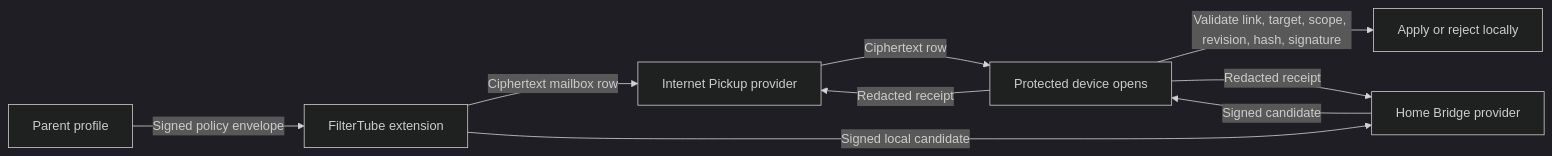
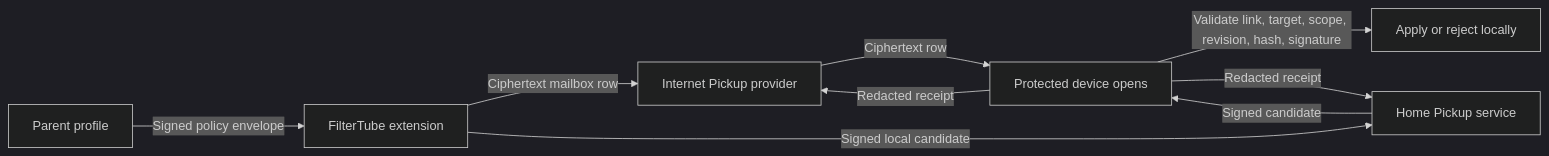
Before and after one commit to varshneydevansh/FilterTube: the diagram in docs/audit/FILTERTUBE_MANAGED_DELIVERY_REFERENCE_PROVIDER_2026-06-20.md, drawn with Mermaid (dark theme). The commit also changed other lines of this file and 1 other file, not shown here.

Commit message:
Align Home Pickup provider proof wording

````diff
--- a/docs/audit/FILTERTUBE_MANAGED_DELIVERY_REFERENCE_PROVIDER_2026-06-20.md
+++ b/docs/audit/FILTERTUBE_MANAGED_DELIVERY_REFERENCE_PROVIDER_2026-06-20.md
@@ -45,11 +45,11 @@
 ```mermaid
 flowchart LR
   Parent["Parent profile"] -->|Signed policy envelope| Extension["FilterTube extension"]
   Extension -->|Ciphertext mailbox row| InternetPickup["Internet Pickup provider"]
-  Extension -->|Signed local candidate| HomeBridge["Home Bridge provider"]
+  Extension -->|Signed local candidate| HomePickup["Home Pickup service"]
   InternetPickup -->|Ciphertext row| Child["Protected device opens"]
-  HomeBridge -->|Signed candidate| Child
+  HomePickup -->|Signed candidate| Child
   Child -->|Validate link, target, scope, revision, hash, signature| Apply["Apply or reject locally"]
   Child -->|Redacted receipt| InternetPickup
-  Child -->|Redacted receipt| HomeBridge
+  Child -->|Redacted receipt| HomePickup
 ```
````
